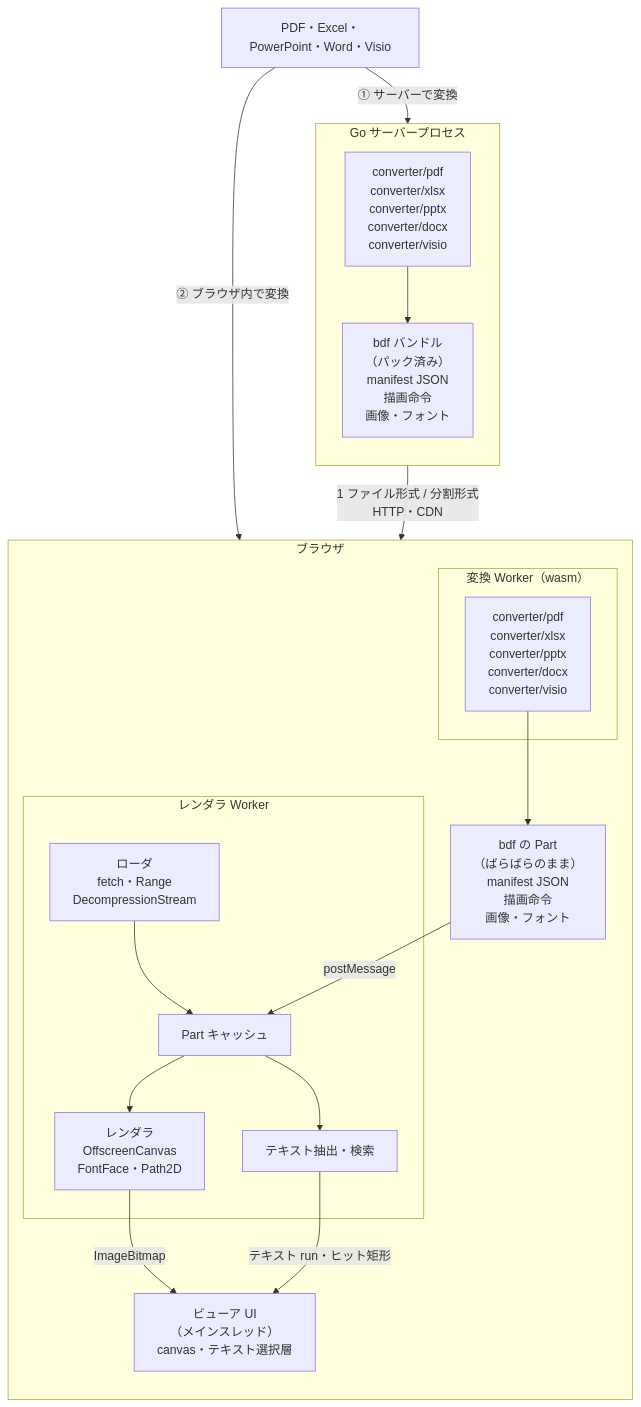
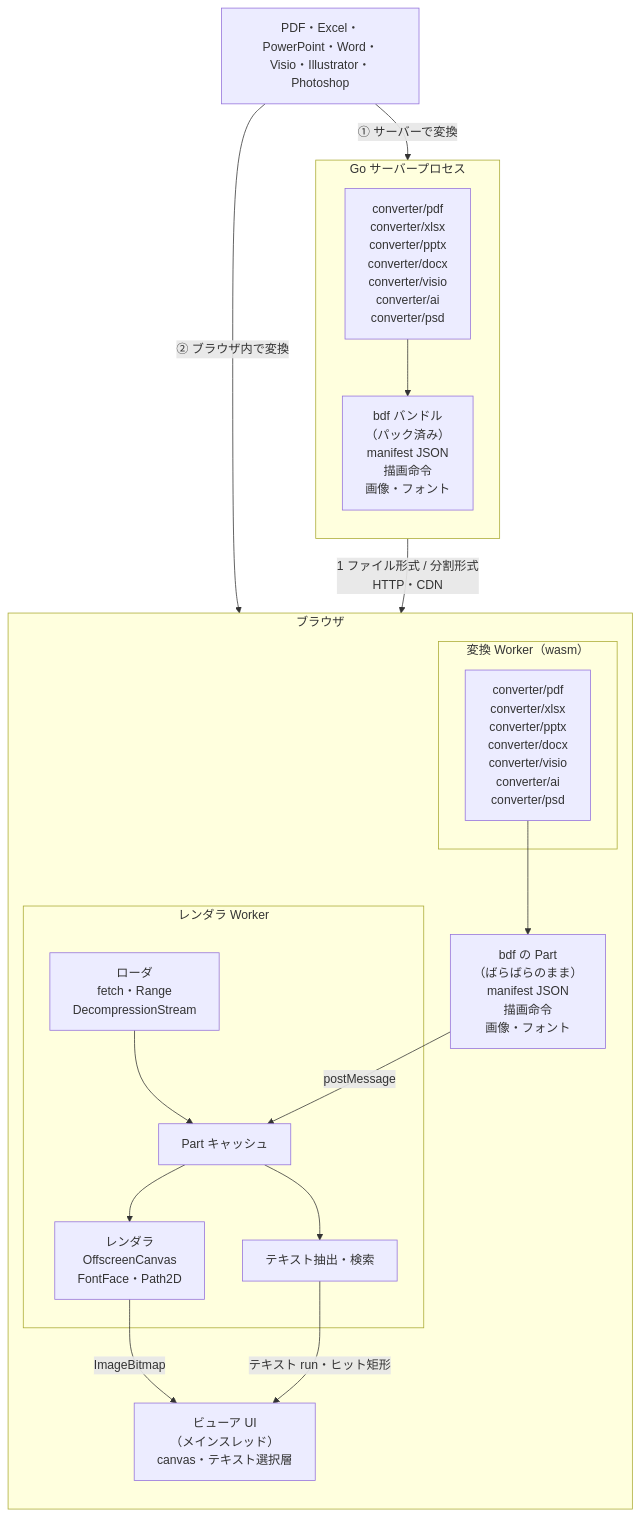
The diagram in README.ja.md (shibukawa/bdf), drawn with Mermaid before and after one commit. The commit also changed other lines of this file and 57 other files, not shown here.

````diff
--- a/README.ja.md
+++ b/README.ja.md
@@ -11,37 +11,37 @@
 ```mermaid
 flowchart TB
-    SRC["PDF・Excel・PowerPoint・Word・Visio"]
+    SRC["PDF・Excel・PowerPoint・Word・Visio・Illustrator・Photoshop"]
 
     subgraph SERVER["Go サーバープロセス"]
         direction TB
-        SCONV["converter/pdf<br/>converter/xlsx<br/>converter/pptx<br/>converter/docx<br/>converter/visio"]
+        SCONV["converter/pdf<br/>converter/xlsx<br/>converter/pptx<br/>converter/docx<br/>converter/visio<br/>converter/ai<br/>converter/psd"]
         BUNDLE["bdf バンドル<br/>（パック済み）<br/>manifest JSON<br/>描画命令<br/>画像・フォント"]
         SCONV --> BUNDLE
     end
 
     subgraph BROWSER["ブラウザ"]
         direction TB
         subgraph CWORKER["変換 Worker（wasm）"]
-            WCONV["converter/pdf<br/>converter/xlsx<br/>converter/pptx<br/>converter/docx<br/>converter/visio"]
+            WCONV["converter/pdf<br/>converter/xlsx<br/>converter/pptx<br/>converter/docx<br/>converter/visio<br/>converter/ai<br/>converter/psd"]
         end
         PARTS["bdf の Part<br/>（ばらばらのまま）<br/>manifest JSON<br/>描画命令<br/>画像・フォント"]
         subgraph RWORKER["レンダラ Worker"]
             LOADER["ローダ<br/>fetch・Range<br/>DecompressionStream"]
             STORE["Part キャッシュ"]
             RENDER["レンダラ<br/>OffscreenCanvas<br/>FontFace・Path2D"]
             TEXT["テキスト抽出・検索"]
             LOADER --> STORE
             STORE --> RENDER
             STORE --> TEXT
         end
         UI["ビューア UI<br/>（メインスレッド）<br/>canvas・テキスト選択層"]
         WCONV --> PARTS
     end
 
     SRC -- "① サーバーで変換" --> SCONV
     SRC -- "② ブラウザ内で変換" --> WCONV
     BUNDLE -- "1 ファイル形式 / 分割形式<br/>HTTP・CDN" --> LOADER
     PARTS -- "postMessage" --> STORE
     RENDER -- "ImageBitmap" --> UI
     TEXT -- "テキスト run・ヒット矩形" --> UI
 ```
````
